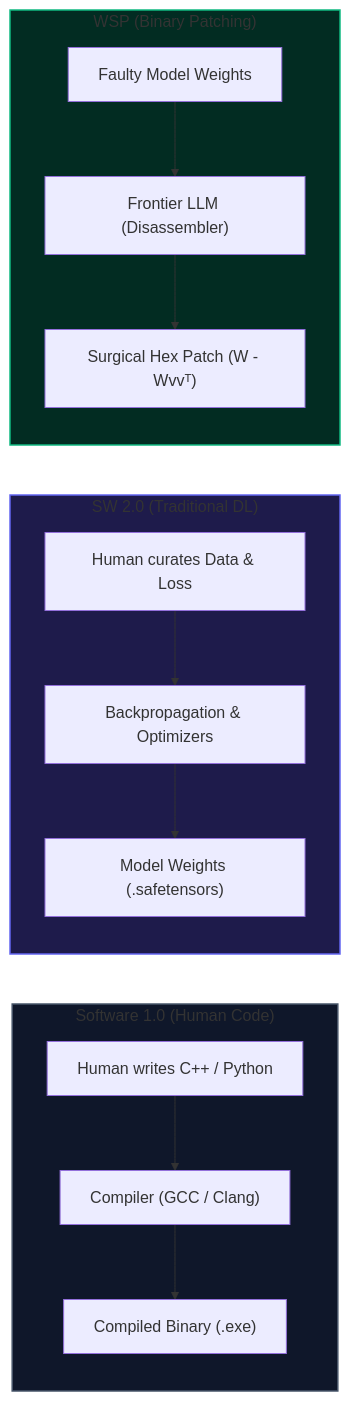
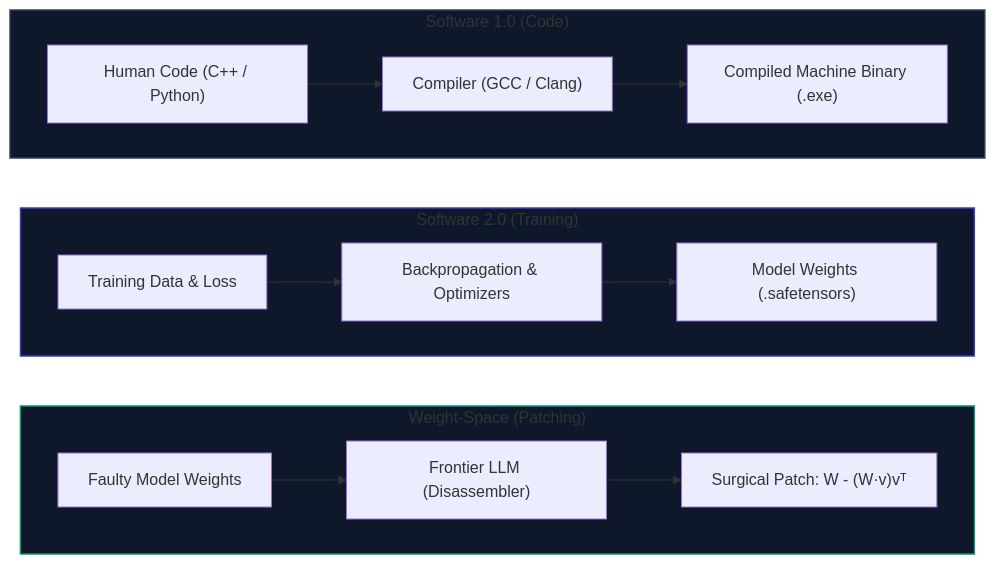
One commit to rsrini7/Learnings changed the second of 6 diagrams in AI-ML/LLMs/training/Weight-Space-Programming-Astra-Qwen-Nov-2026.md. Above: the diagram before and after it, drawn with Mermaid. The commit also changed other lines of this file and 2 other files, not shown here.

First line of the commit message:
docs(weight-space): add WSP harness diagrams and expand training docs

````diff
--- a/AI-ML/LLMs/training/Weight-Space-Programming-Astra-Qwen-Nov-2026.md
+++ b/AI-ML/LLMs/training/Weight-Space-Programming-Astra-Qwen-Nov-2026.md
@@ -90,21 +90,24 @@
 ```mermaid
-flowchart LR
-    subgraph S1["Software 1.0 (Human Code)"]
-        direction TB
-        C1["Human writes C++ / Python"] --> CMP1["Compiler (GCC / Clang)"] --> B1["Compiled Binary (.exe)"]
+flowchart TD
+    subgraph S1["Software 1.0 (Code)"]
+        direction LR
+        C1["Human Code (C++ / Python)"] --> CMP1["Compiler (GCC / Clang)"] --> B1["Compiled Machine Binary (.exe)"]
     end
 
-    subgraph S2["SW 2.0 (Traditional DL)"]
-        direction TB
-        C2["Human curates Data & Loss"] --> CMP2["Backpropagation & Optimizers"] --> B2["Model Weights (.safetensors)"]
+    subgraph S2["Software 2.0 (Training)"]
+        direction LR
+        C2["Training Data & Loss"] --> CMP2["Backpropagation & Optimizers"] --> B2["Model Weights (.safetensors)"]
     end
 
-    subgraph S3["WSP (Binary Patching)"]
-        direction TB
-        B3["Faulty Model Weights"] --> LLM3["Frontier LLM (Disassembler)"] --> P3["Surgical Hex Patch (W - Wvvᵀ)"]
+    subgraph S3["Weight-Space (Patching)"]
+        direction LR
+        B3["Faulty Model Weights"] --> LLM3["Frontier LLM (Disassembler)"] --> P3["Surgical Patch: W - (W·v)vᵀ"]
     end
 
-    style S1 fill:#0f172a,stroke:#475569,stroke-width:1.5px
-    style S2 fill:#1e1b4b,stroke:#6366f1,stroke-width:1.5px
-    style S3 fill:#022c22,stroke:#10b981,stroke-width:1.5px
+    B1 ~~~ C2
+    B2 ~~~ B3
+
+    style S1 fill:#0f172a,stroke:#334155,stroke-width:1.5px
+    style S2 fill:#0f172a,stroke:#4338ca,stroke-width:1.5px
+    style S3 fill:#0f172a,stroke:#059669,stroke-width:1.5px
 ```
````
